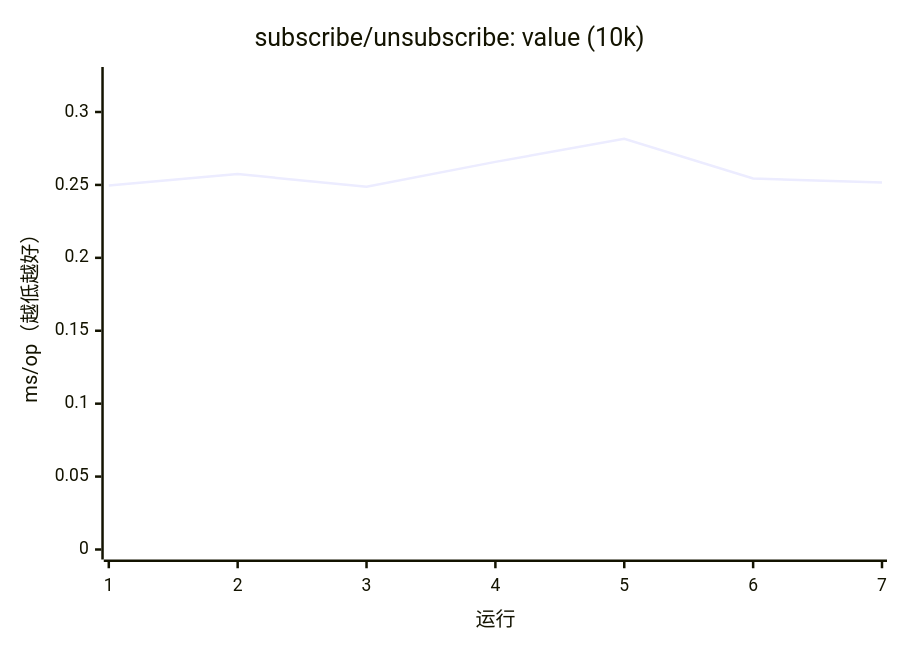
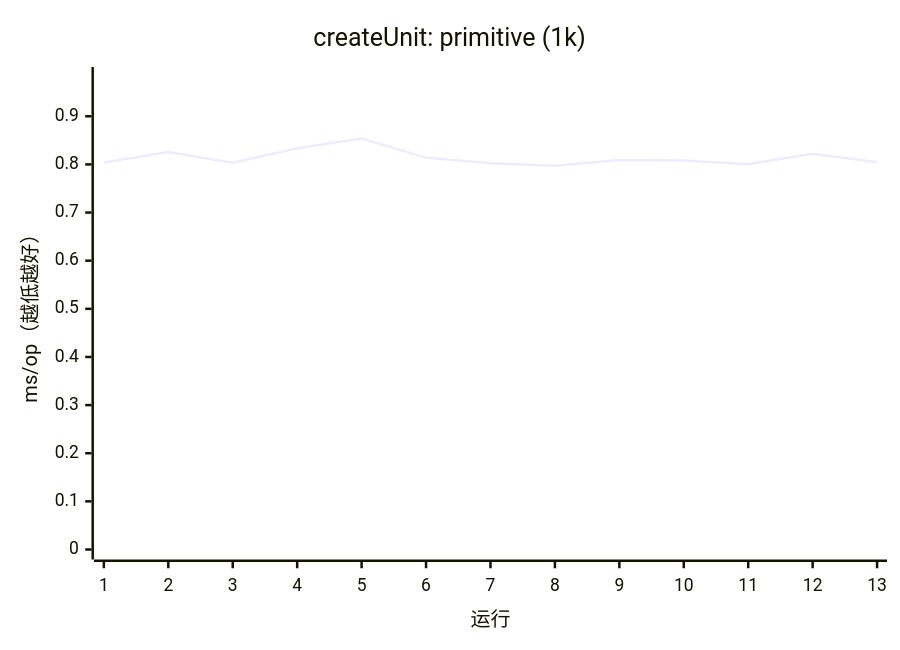
One commit to AIluffy/io changed diagram 17 of 17 in apps/docs/src/content/docs/guides/benchmark.mdx. Above: the diagram before and after it, drawn with Mermaid. The commit also changed other lines of this file and 11 other files, not shown here.

````diff
--- a/apps/docs/src/content/docs/guides/benchmark.mdx
+++ b/apps/docs/src/content/docs/guides/benchmark.mdx
@@ -310,7 +419,7 @@
 ```mermaid
 xychart-beta
-  title "subscribe/unsubscribe: value (10k)"
-  x-axis "运行" [1, 2, 3, 4, 5, 6, 7]
-  y-axis "ms/op（越低越好）" 0 --> 0.324
-  line [0.2496, 0.2574, 0.2488, 0.2658, 0.2817, 0.2544, 0.2517]
+  title "createUnit: primitive (1k)"
+  x-axis "运行" [1, 2, 3, 4, 5, 6, 7, 8, 9, 10, 11, 12, 13]
+  y-axis "ms/op（越低越好）" 0 --> 0.9816
+  line [0.804, 0.8259, 0.8033, 0.8336, 0.8536, 0.8141, 0.8023, 0.7971, 0.8093, 0.808, 0.8005, 0.8222, 0.8045]
 ```
````
